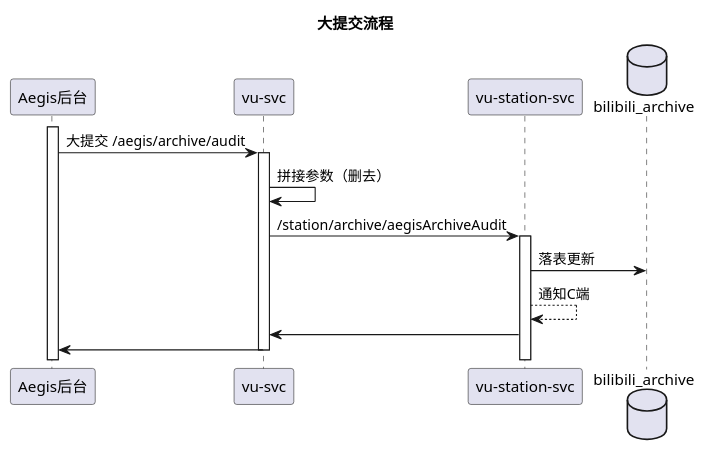
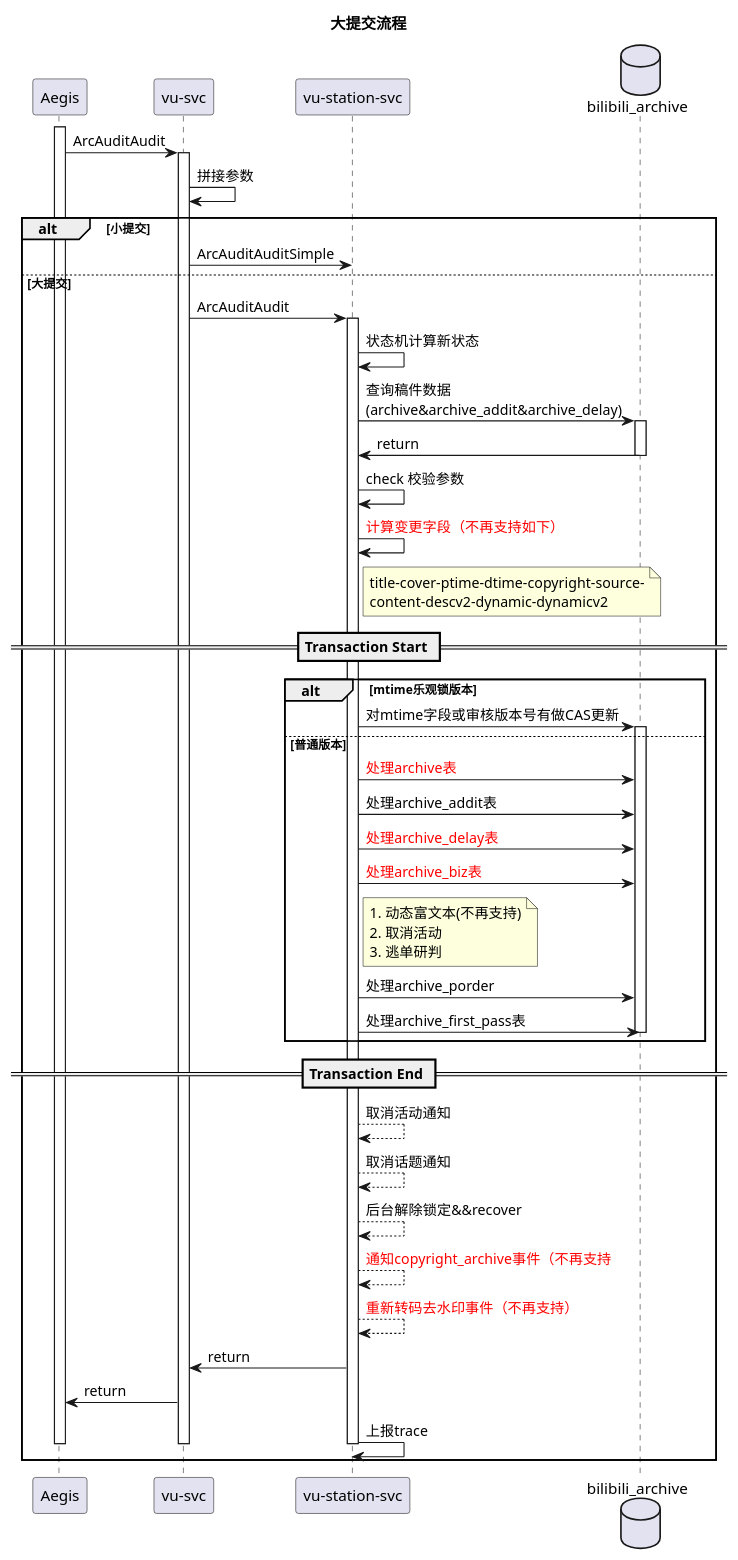
The diagram in plantuml/audit_edit2.puml (Allen9012/InfiniteGolang), drawn with PlantUML before and after one commit. The commit also changed 4 other files, not shown here.

```diff
--- a/plantuml/audit_edit2.puml
+++ b/plantuml/audit_edit2.puml
@@ -1,25 +1,55 @@
 @startuml
 'https://plantuml.com/sequence-diagram
 
 title 大提交流程
 
-participant Aegis as "Aegis后台"
+participant Aegis as "Aegis"
 participant VuSvc as "vu-svc"
 participant VuStationSvc as "vu-station-svc"
 database "bilibili_archive" as db
 
 activate Aegis
-Aegis -> VuSvc: 大提交 /aegis/archive/audit
+Aegis -> VuSvc:  ArcAuditAudit
 activate VuSvc
-
-VuSvc->VuSvc:拼接参数（删去）
-VuSvc -> VuStationSvc: /station/archive/aegisArchiveAudit
-
+VuSvc->VuSvc: 拼接参数
+alt 小提交
+    VuSvc -> VuStationSvc: ArcAuditAuditSimple
+else 大提交
+    VuSvc -> VuStationSvc: ArcAuditAudit
 activate VuStationSvc
-VuStationSvc->db:落表更新
-VuStationSvc-->VuStationSvc:通知C端
-VuStationSvc->VuSvc
-VuSvc->Aegis
+VuStationSvc->VuStationSvc: 状态机计算新状态
+VuStationSvc->db:查询稿件数据\n(archive&archive_addit&archive_delay)
+activate db
+db->VuStationSvc:return
+deactivate db
+VuStationSvc->VuStationSvc:check 校验参数
+VuStationSvc->VuStationSvc:<color:red>计算变更字段（不再支持如下）</color>
+note right of VuStationSvc:  title-cover-ptime-dtime-copyright-source-\ncontent-descv2-dynamic-dynamicv2
+== Transaction Start ==
+alt mtime乐观锁版本
+    VuStationSvc->db:对mtime字段或审核版本号有做CAS更新
+    else 普通版本
+    activate db
+    VuStationSvc->db:<color:red>处理archive表</color>
+    VuStationSvc->db:处理archive_addit表
+    VuStationSvc->db:<color:red>处理archive_delay表</color>
+    VuStationSvc->db:<color:red>处理archive_biz表</color>
+    note right of VuStationSvc:1. 动态富文本(不再支持)\n2. 取消活动\n3. 逃单研判
+    VuStationSvc->db:处理archive_porder
+    VuStationSvc->db:处理archive_first_pass表
+    deactivate db
+    end
+== Transaction End ==
+VuStationSvc-->VuStationSvc:取消活动通知
+VuStationSvc-->VuStationSvc:取消话题通知
+VuStationSvc-->VuStationSvc:后台解除锁定&&recover
+VuStationSvc-->VuStationSvc:<color:red>通知copyright_archive事件（不再支持</color>
+VuStationSvc-->VuStationSvc:<color:red>重新转码去水印事件（不再支持）</color>
+VuStationSvc->VuSvc:return
+VuSvc->Aegis:return
+VuStationSvc->VuStationSvc: 上报trace
+deactivate VuStationSvc
 deactivate VuSvc
-deactivate
+deactivate Aegis
+end
 @enduml
```
